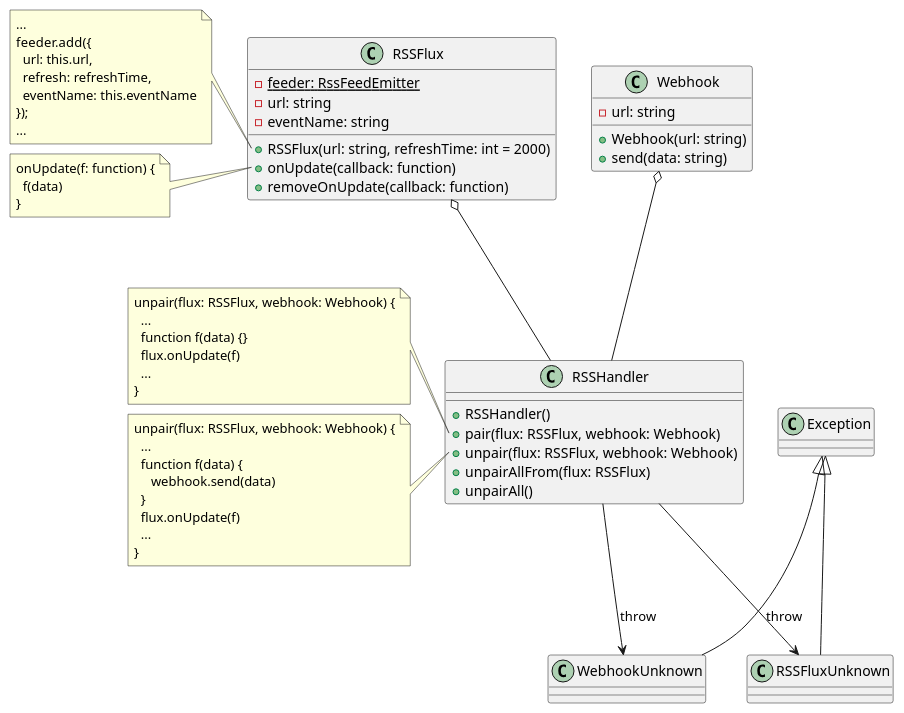
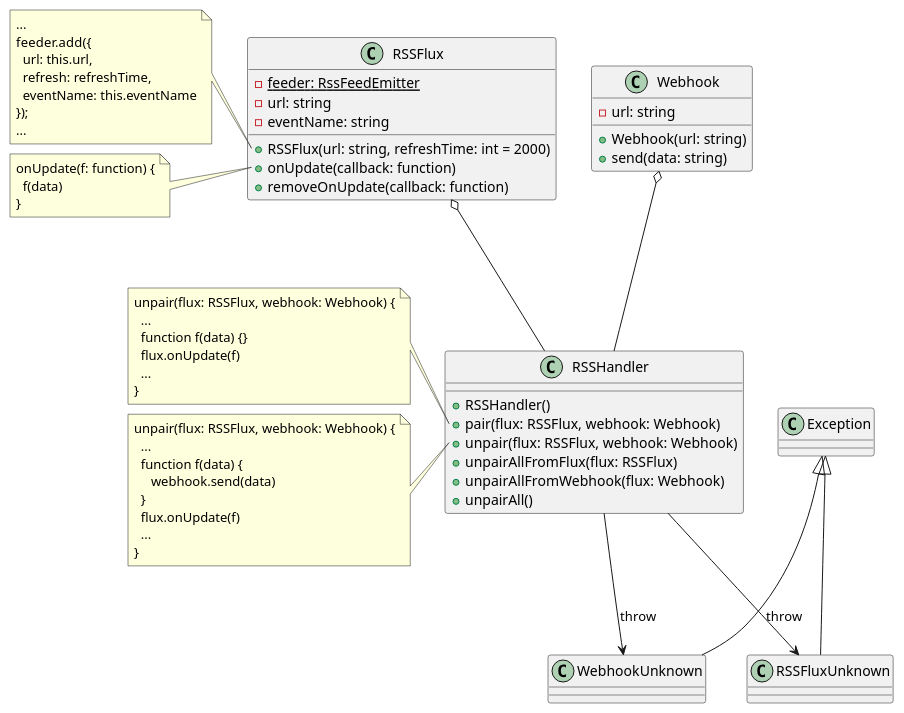
Before and after one commit to TheBaronMc/rss_hook: the diagram in diagrams/class-diagram.plantuml, drawn with PlantUML. The commit also changed 1 other file, not shown here.

Commit message:
add unpairAllFromWebhook

```diff
--- a/diagrams/class-diagram.plantuml
+++ b/diagrams/class-diagram.plantuml
@@ -1,72 +1,73 @@
 @startuml
 
 class WebhookUnknown extends Exception {}
 class RSSFluxUnknown extends Exception {}
 
 class Webhook {
 - url: string
 + Webhook(url: string)
 + send(data: string)
 }
 
 class RSSFlux {
 - {static} feeder: RssFeedEmitter
 - url: string
 - eventName: string
 + RSSFlux(url: string, refreshTime: int = 2000)
 + onUpdate(callback: function)
 + removeOnUpdate(callback: function)
 }
 
 class RSSHandler {
 + RSSHandler()
 + pair(flux: RSSFlux, webhook: Webhook)
 + unpair(flux: RSSFlux, webhook: Webhook)
-+ unpairAllFrom(flux: RSSFlux)
++ unpairAllFromFlux(flux: RSSFlux)
++ unpairAllFromWebhook(flux: Webhook)
 + unpairAll()
 }
 
 RSSFlux o-- RSSHandler
 Webhook o-- RSSHandler
 
 RSSHandler --> WebhookUnknown : throw
 RSSHandler --> RSSFluxUnknown : throw
 
 note left of RSSFlux::RSSFlux
 ...
 feeder.add({
   url: this.url,
   refresh: refreshTime,
   eventName: this.eventName
 });
 ...
 end note
 
 note left of RSSFlux::onUpdate
 onUpdate(f: function) {
   f(data)
 }
 end note
 
 note left of RSSHandler::pair
 unpair(flux: RSSFlux, webhook: Webhook) {
   ...
   function f(data) {}
   flux.onUpdate(f)
   ...
 }
 end note
 
 note left of RSSHandler::unpair
 unpair(flux: RSSFlux, webhook: Webhook) {
   ...
   function f(data) {
      webhook.send(data)
   }
   flux.onUpdate(f)
   ...
 }
 end note
 
 
 @enduml
```
